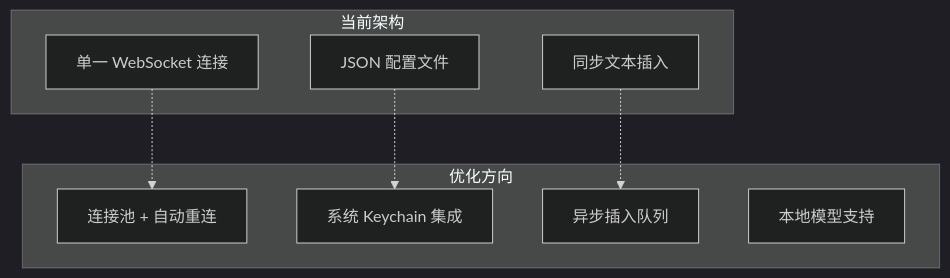
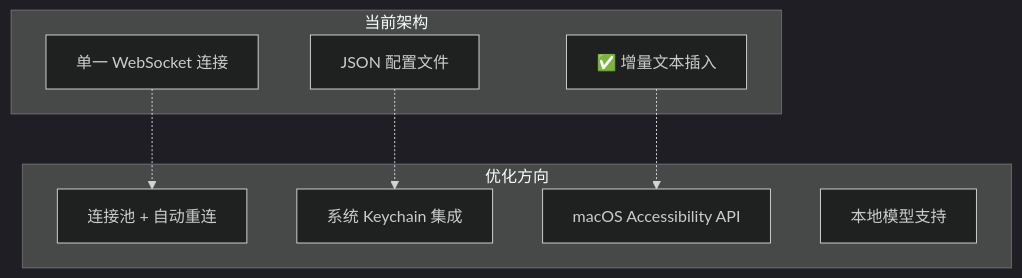
Diagram 23 of 23 in specs/w3/0004-design.md (chenlehua/aicode), drawn with Mermaid (dark theme) before and after one commit. The commit also changed other lines of this file and 3 other files, not shown here.

````diff
--- a/specs/w3/0004-design.md
+++ b/specs/w3/0004-design.md
@@ -1281,19 +1388,19 @@
 ```mermaid
 graph TB
     subgraph "当前架构"
         A1[单一 WebSocket 连接]
         A2[JSON 配置文件]
-        A3[同步文本插入]
+        A3[✅ 增量文本插入]
     end
 
     subgraph "优化方向"
         B1[连接池 + 自动重连]
         B2[系统 Keychain 集成]
-        B3[异步插入队列]
+        B3[macOS Accessibility API]
         B4[本地模型支持]
     end
 
     A1 -.-> B1
     A2 -.-> B2
     A3 -.-> B3
 ```
````
